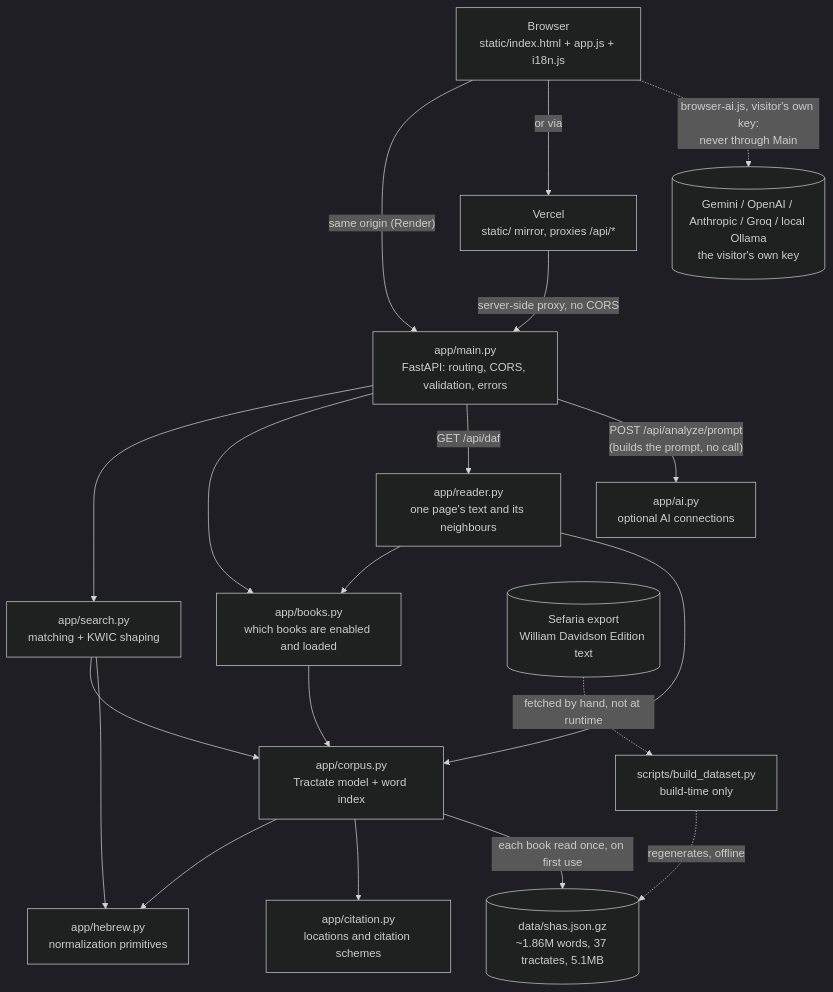
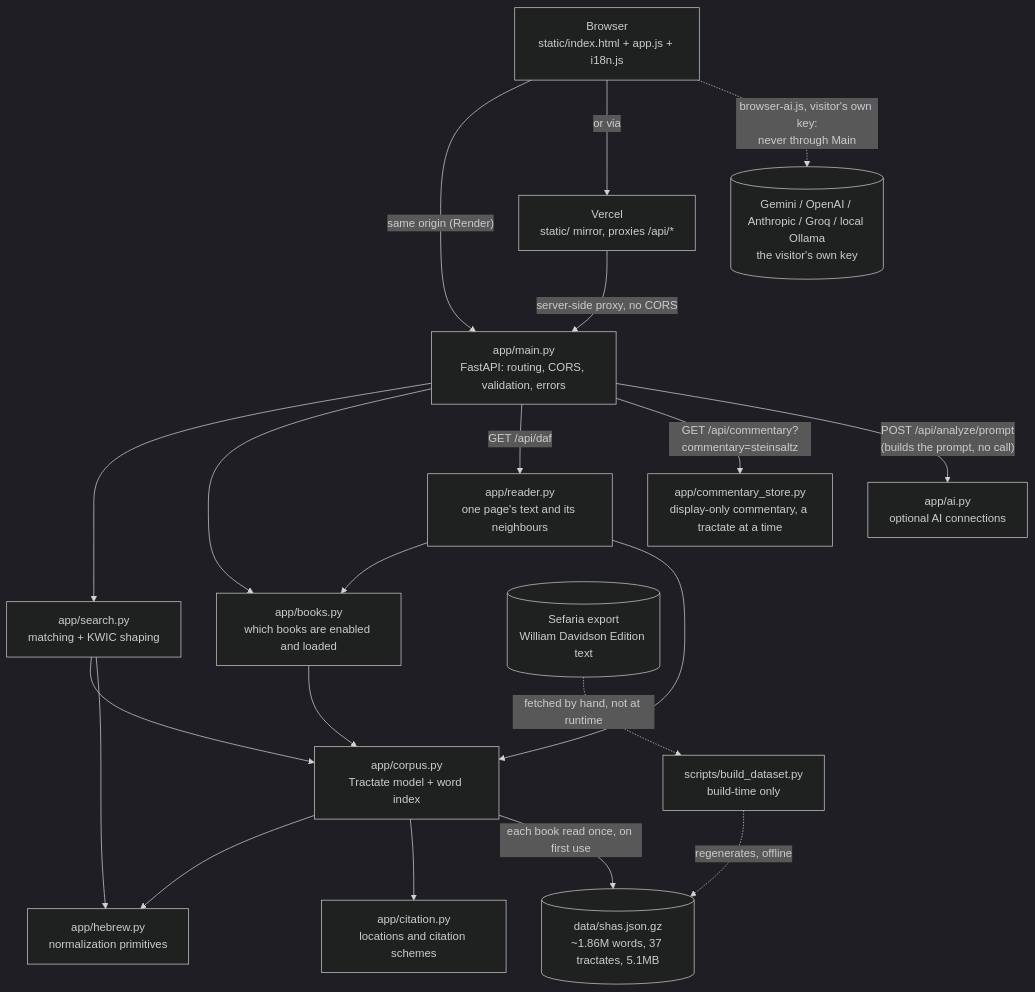
One commit to joka-7/shas-radar changed the first of 2 diagrams in docs/HLD.md. Above: the diagram before and after it, drawn with Mermaid (dark theme). The commit also changed other lines of this file and 19 other files, not shown here.

````diff
--- a/docs/HLD.md
+++ b/docs/HLD.md
@@ -49,36 +51,38 @@
 ```mermaid
 flowchart TD
     Browser["Browser<br/>static/index.html + app.js + i18n.js"]
     Vercel["Vercel<br/>static/ mirror, proxies /api/*"]
     Main["app/main.py<br/>FastAPI: routing, CORS, validation, errors"]
     Search["app/search.py<br/>matching + KWIC shaping"]
     Books["app/books.py<br/>which books are enabled and loaded"]
     Reader["app/reader.py<br/>one page's text and its neighbours"]
+    Store["app/commentary_store.py<br/>display-only commentary, a tractate at a time"]
     Citation["app/citation.py<br/>locations and citation schemes"]
     Corpus["app/corpus.py<br/>Tractate model + word index"]
     Hebrew["app/hebrew.py<br/>normalization primitives"]
     AI["app/ai.py<br/>optional AI connections"]
     Data[("data/shas.json.gz<br/>~1.86M words, 37 tractates, 5.1MB")]
     Build["scripts/build_dataset.py<br/>build-time only"]
     Sefaria[("Sefaria export<br/>William Davidson Edition text")]
     Vendor[("Gemini / OpenAI / Anthropic / Groq / local Ollama<br/>the visitor's own key")]
 
     Browser -->|"same origin (Render)"| Main
     Browser -->|"or via"| Vercel
     Vercel -->|"server-side proxy, no CORS"| Main
     Main --> Search
     Main --> Books
     Main -->|"GET /api/daf"| Reader
     Reader --> Books
     Reader --> Corpus
+    Main -->|"GET /api/commentary?commentary=steinsaltz"| Store
     Books --> Corpus
     Main -->|"POST /api/analyze/prompt<br/>(builds the prompt, no call)"| AI
     Search --> Corpus
     Search --> Hebrew
     Corpus --> Hebrew
     Corpus --> Citation
     Corpus -->|"each book read once, on first use"| Data
     Browser -.->|"browser-ai.js, visitor's own key:<br/>never through Main"| Vendor
     Build -.->|"regenerates, offline"| Data
     Sefaria -.->|"fetched by hand, not at runtime"| Build
 ```
````
